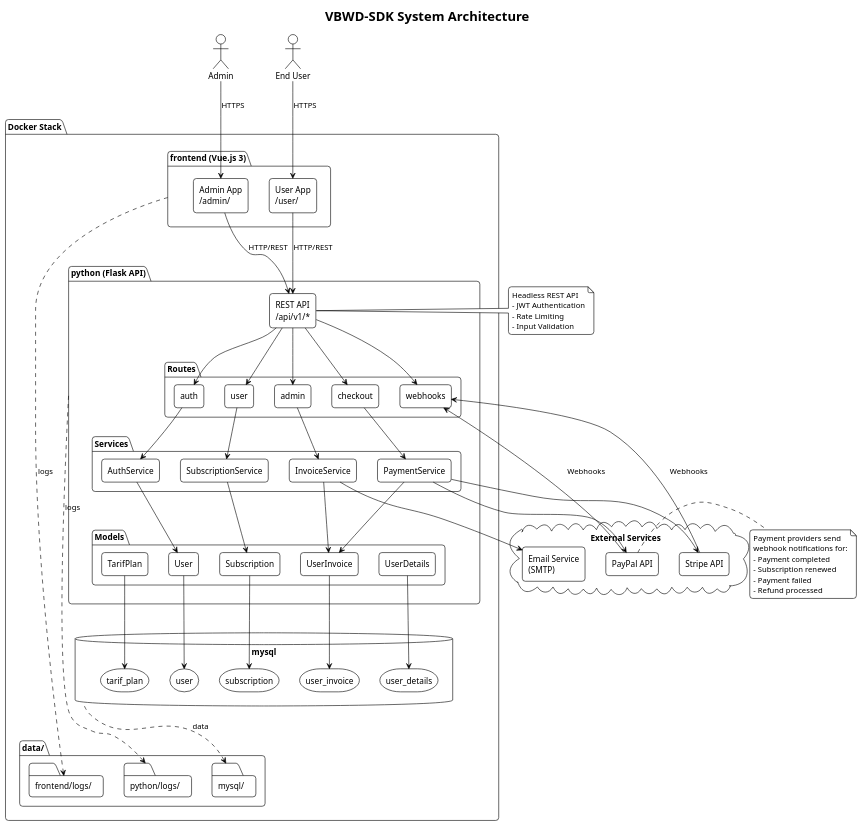
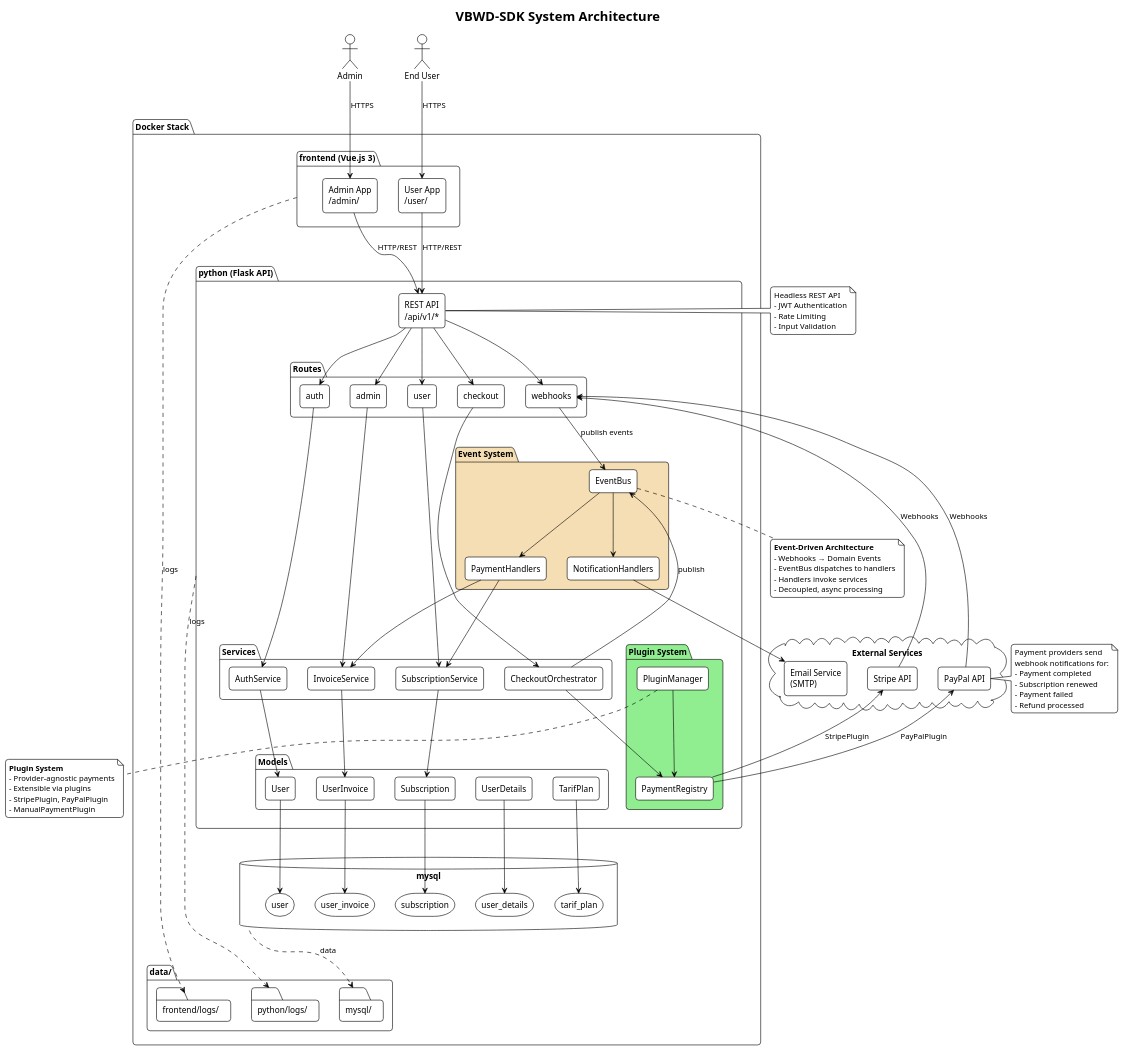
One commit to dantweb/vbwd-sdk changed the diagram in docs/architecture/puml/system-architecture.puml. Above: the diagram before and after it, drawn with PlantUML. The commit also changed 3 other files, not shown here.

```diff
--- a/docs/architecture/puml/system-architecture.puml
+++ b/docs/architecture/puml/system-architecture.puml
@@ -1,136 +1,178 @@
 @startuml system-architecture
 !theme plain
 title VBWD-SDK System Architecture
 
 skinparam componentStyle rectangle
 skinparam roundcorner 10
 
 ' External actors
 actor "End User" as user
 actor "Admin" as admin
 
 ' Docker boundary
 package "Docker Stack" {
 
     ' Frontend container
     package "frontend (Vue.js 3)" as frontend_container {
         component "User App\n/user/" as user_app
         component "Admin App\n/admin/" as admin_app
     }
 
     ' Python container
     package "python (Flask API)" as python_container {
         component "REST API\n/api/v1/*" as api
 
         package "Routes" {
             component "auth" as auth_routes
             component "user" as user_routes
             component "checkout" as checkout_routes
             component "admin" as admin_routes
             component "webhooks" as webhook_routes
         }
 
         package "Services" {
             component "AuthService" as auth_svc
             component "SubscriptionService" as sub_svc
-            component "PaymentService" as pay_svc
+            component "CheckoutOrchestrator" as checkout_svc
             component "InvoiceService" as inv_svc
+        }
+
+        package "Event System" #Wheat {
+            component "EventBus" as event_bus
+            component "PaymentHandlers" as pay_handlers
+            component "NotificationHandlers" as notif_handlers
+        }
+
+        package "Plugin System" #LightGreen {
+            component "PluginManager" as plugin_mgr
+            component "PaymentRegistry" as pay_registry
         }
 
         package "Models" {
             component "User" as user_model
             component "UserDetails" as details_model
             component "TarifPlan" as plan_model
             component "Subscription" as sub_model
             component "UserInvoice" as invoice_model
         }
     }
 
     ' MySQL container
     database "mysql" as mysql {
         storage "user" as db_user
         storage "user_details" as db_details
         storage "tarif_plan" as db_plan
         storage "subscription" as db_sub
         storage "user_invoice" as db_invoice
     }
 
     ' Data volumes
     folder "data/" as volumes {
         folder "python/logs/" as py_logs
         folder "frontend/logs/" as fe_logs
         folder "mysql/" as mysql_data
     }
 }
 
 ' External services
 cloud "External Services" {
     component "PayPal API" as paypal
     component "Stripe API" as stripe
     component "Email Service\n(SMTP)" as email
 }
 
 ' User connections
 user --> user_app : HTTPS
 admin --> admin_app : HTTPS
 
 ' Frontend to API
 user_app --> api : HTTP/REST
 admin_app --> api : HTTP/REST
 
 ' API internal flow
 api --> auth_routes
 api --> user_routes
 api --> checkout_routes
 api --> admin_routes
 api --> webhook_routes
 
 auth_routes --> auth_svc
 user_routes --> sub_svc
-checkout_routes --> pay_svc
+checkout_routes --> checkout_svc
 admin_routes --> inv_svc
+webhook_routes --> event_bus : "publish events"
+
+' Services to EventBus
+checkout_svc --> event_bus : "publish"
+checkout_svc --> pay_registry
+
+' EventBus to Handlers
+event_bus --> pay_handlers
+event_bus --> notif_handlers
+
+' Handlers to Services
+pay_handlers --> inv_svc
+pay_handlers --> sub_svc
+
+' Plugin system
+plugin_mgr --> pay_registry
 
 ' Services to models
 auth_svc --> user_model
 sub_svc --> sub_model
-pay_svc --> invoice_model
 inv_svc --> invoice_model
 
 ' Models to database
 user_model --> db_user
 details_model --> db_details
 plan_model --> db_plan
 sub_model --> db_sub
 invoice_model --> db_invoice
 
-' External integrations
-pay_svc --> paypal
-pay_svc --> stripe
-inv_svc --> email
+' External integrations (via plugins)
+pay_registry --> paypal : "PayPalPlugin"
+pay_registry --> stripe : "StripePlugin"
+notif_handlers --> email
 
 ' Webhooks from providers
 paypal --> webhook_routes : Webhooks
 stripe --> webhook_routes : Webhooks
 
 ' Logging
 python_container ..> py_logs : logs
 frontend_container ..> fe_logs : logs
 mysql ..> mysql_data : data
 
 note right of api
     Headless REST API
     - JWT Authentication
     - Rate Limiting
     - Input Validation
 end note
 
 note right of paypal
     Payment providers send
     webhook notifications for:
     - Payment completed
     - Subscription renewed
     - Payment failed
     - Refund processed
 end note
 
+note bottom of event_bus
+    **Event-Driven Architecture**
+    - Webhooks → Domain Events
+    - EventBus dispatches to handlers
+    - Handlers invoke services
+    - Decoupled, async processing
+end note
+
+note bottom of plugin_mgr
+    **Plugin System**
+    - Provider-agnostic payments
+    - Extensible via plugins
+    - StripePlugin, PayPalPlugin
+    - ManualPaymentPlugin
+end note
+
 @enduml
```
